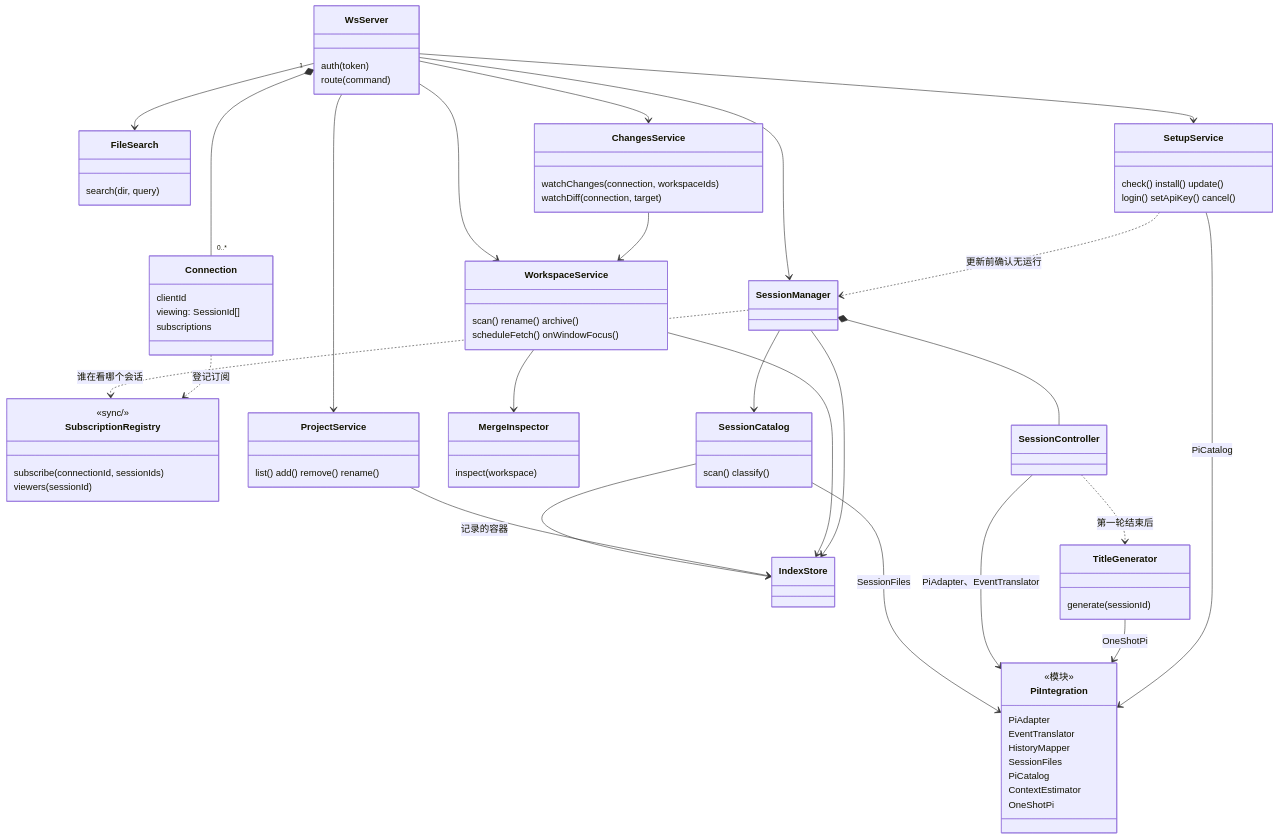
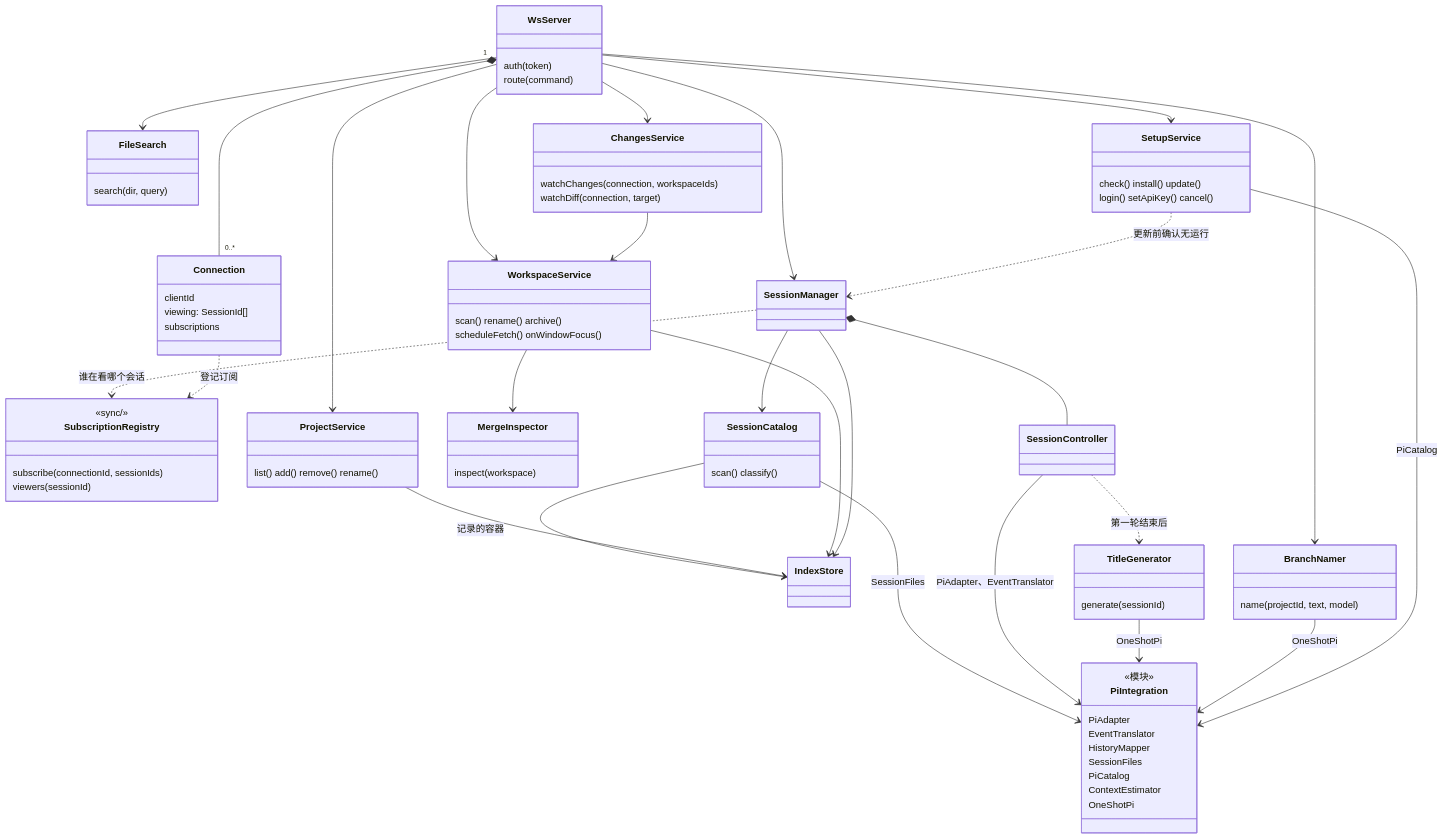
One commit to Wan-Kai/atrium changed the sixth of 7 diagrams in docs/architecture/domain-model.md. Above: the diagram before and after it, drawn with Mermaid. The commit also changed other lines of this file and 28 other files, not shown here.

First line of the commit message:
Let a model name a new worktree's branch by the first message

```diff
--- a/docs/architecture/domain-model.md
+++ b/docs/architecture/domain-model.md
@@ -592,6 +592,9 @@
     class TitleGenerator {
       generate(sessionId)
     }
+    class BranchNamer {
+      name(projectId, text, model)
+    }
     class PiIntegration {
       <<模块>>
       PiAdapter
@@ -623,6 +626,8 @@
     SessionController --> PiIntegration : PiAdapter、EventTranslator
     SessionController ..> TitleGenerator : 第一轮结束后
     TitleGenerator --> PiIntegration : OneShotPi
+    WsServer --> BranchNamer
+    BranchNamer --> PiIntegration : OneShotPi
     SetupService --> PiIntegration : PiCatalog
     SetupService ..> SessionManager : 更新前确认无运行
     WorkspaceService --> MergeInspector
```
